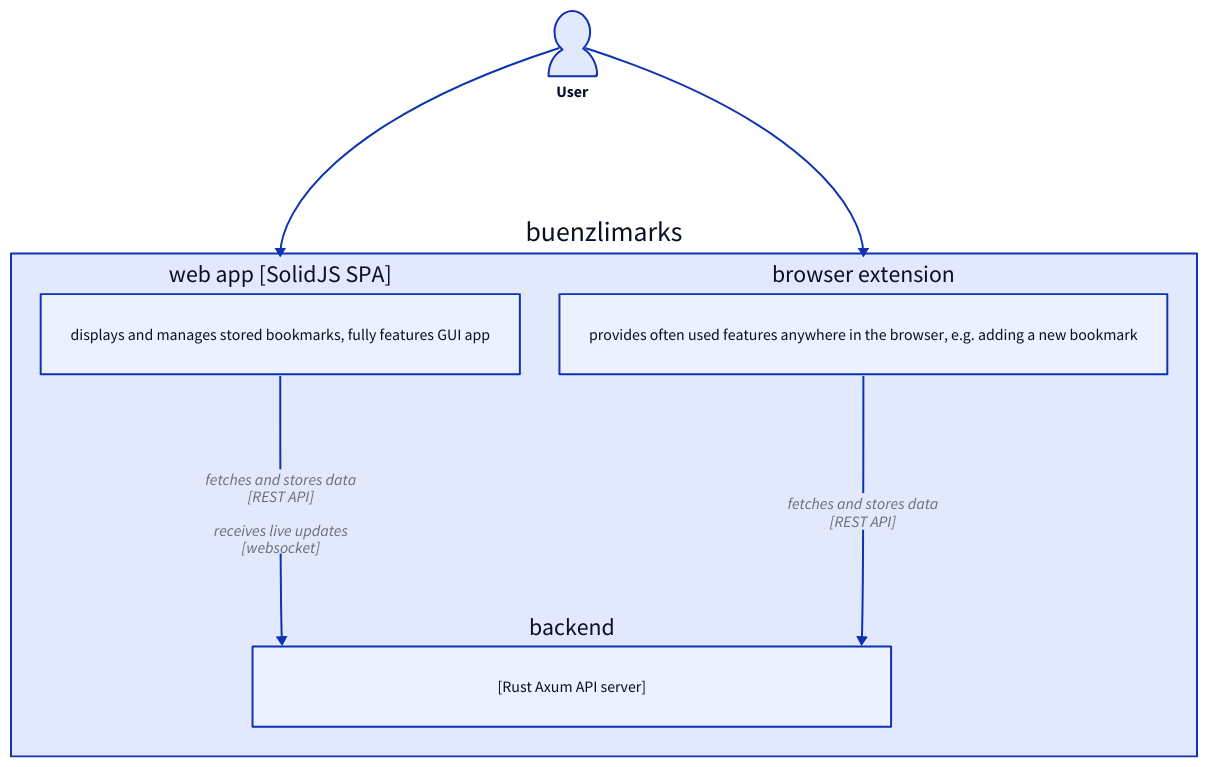
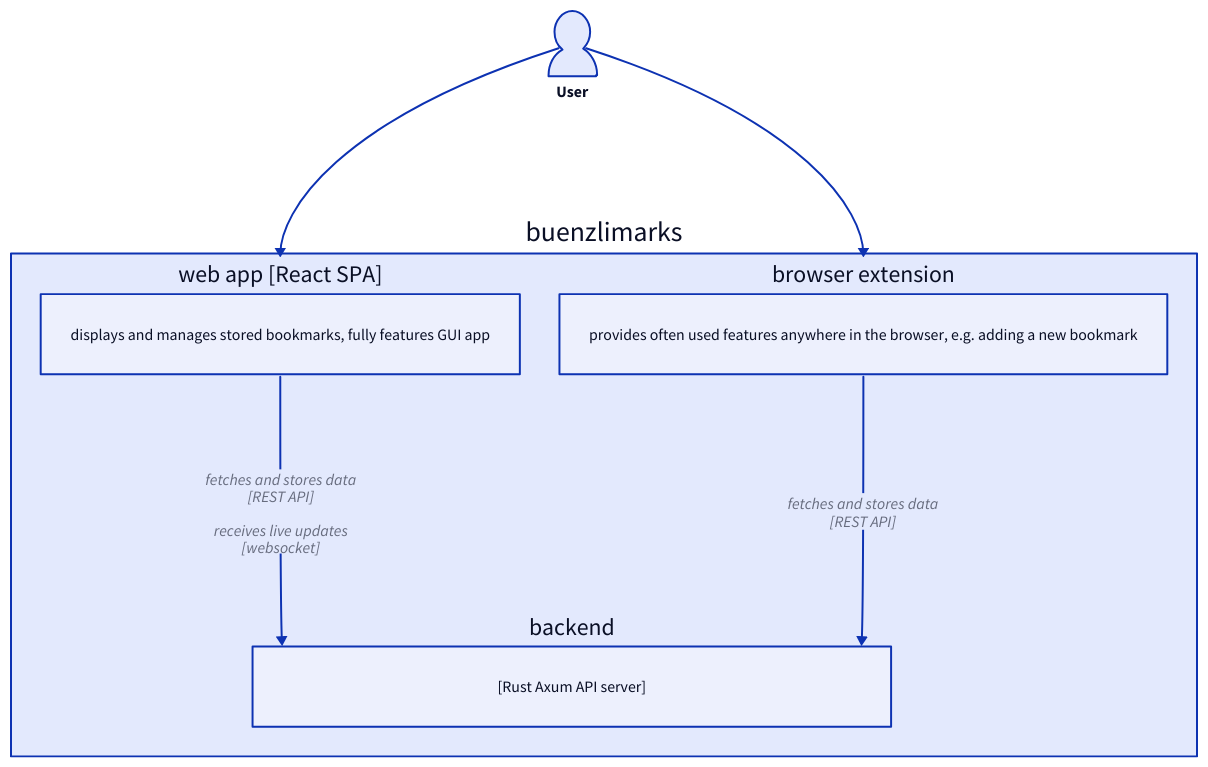
Before and after one commit to senekor/buenzlimarks: the diagram in docs/arc42/d2/container.d2, drawn with D2. The commit also changed 6 other files, not shown here.

```diff
--- a/docs/arc42/d2/container.d2
+++ b/docs/arc42/d2/container.d2
@@ -1,37 +1,37 @@
 User.shape: person
 
 User -> buenzlimarks.web app
 User -> buenzlimarks.browser extension
 
 buenzlimarks: {
   web app: {
-    label: "web app [SolidJS SPA]"
+    label: "web app [React SPA]"
     description: {
       shape: text
       label: "displays and manages stored bookmarks, fully features GUI app"
     }
   }
   browser extension.description: {
     shape: text
     label: "provides often used features anywhere in the browser, e.g. adding a new bookmark"
   }
 
   web app -> backend: |md
     fetches and stores data
     [REST API]
 
     receives live updates
     [websocket]
   |
   browser extension -> backend: |md
     fetches and stores data
     [REST API]
   |
 
   backend: {
     description: {
       shape: text
       label: "[Rust Axum API server]"
     }
   }
 }
```
